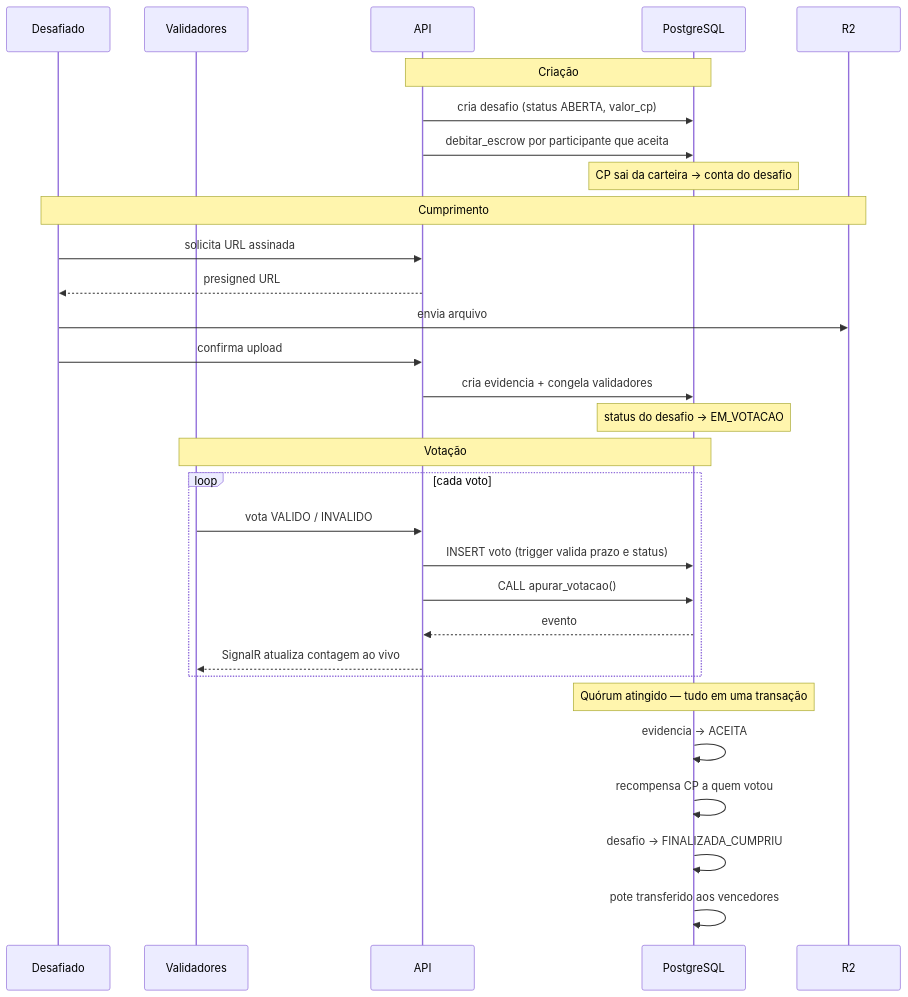
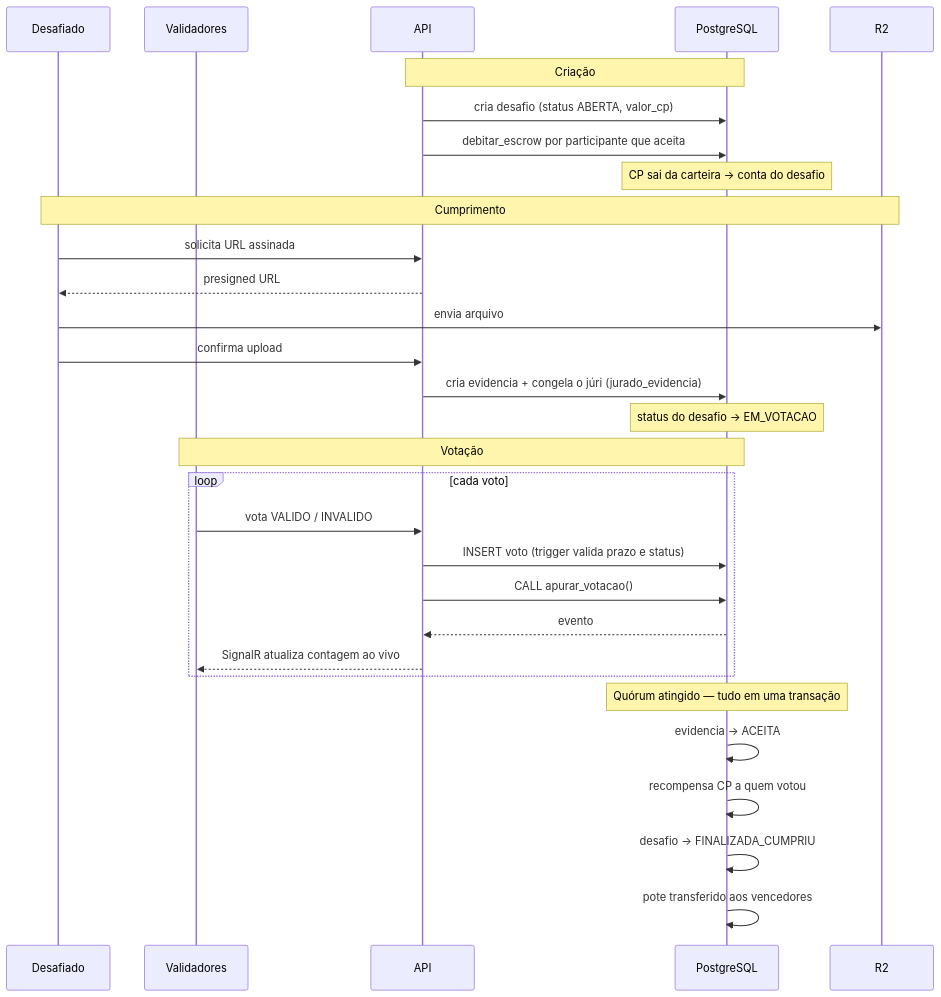
Before and after one commit to SecreTavin/A3-banco-de-dados: the second of 2 diagrams in docs/02-arquitetura/13-visao-geral.md, drawn with Mermaid. The commit also changed other lines of this file and 20 other files, not shown here.

````diff
--- a/docs/02-arquitetura/13-visao-geral.md
+++ b/docs/02-arquitetura/13-visao-geral.md
@@ -87,36 +87,36 @@
 ```mermaid
 sequenceDiagram
     participant D as Desafiado
     participant V as Validadores
     participant API
     participant PG as PostgreSQL
     participant R2
 
     Note over API,PG: Criação
     API->>PG: cria desafio (status ABERTA, valor_cp)
     API->>PG: debitar_escrow por participante que aceita
     Note over PG: CP sai da carteira → conta do desafio
 
     Note over D,R2: Cumprimento
     D->>API: solicita URL assinada
     API-->>D: presigned URL
     D->>R2: envia arquivo
     D->>API: confirma upload
-    API->>PG: cria evidencia + congela validadores
+    API->>PG: cria evidencia + congela o júri (jurado_evidencia)
     Note over PG: status do desafio → EM_VOTACAO
 
     Note over V,PG: Votação
     loop cada voto
         V->>API: vota VALIDO / INVALIDO
         API->>PG: INSERT voto (trigger valida prazo e status)
         API->>PG: CALL apurar_votacao()
         PG-->>API: evento
         API-->>V: SignalR atualiza contagem ao vivo
     end
 
     Note over PG: Quórum atingido — tudo em uma transação
     PG->>PG: evidencia → ACEITA
     PG->>PG: recompensa CP a quem votou
     PG->>PG: desafio → FINALIZADA_CUMPRIU
     PG->>PG: pote transferido aos vencedores
 ```
````
